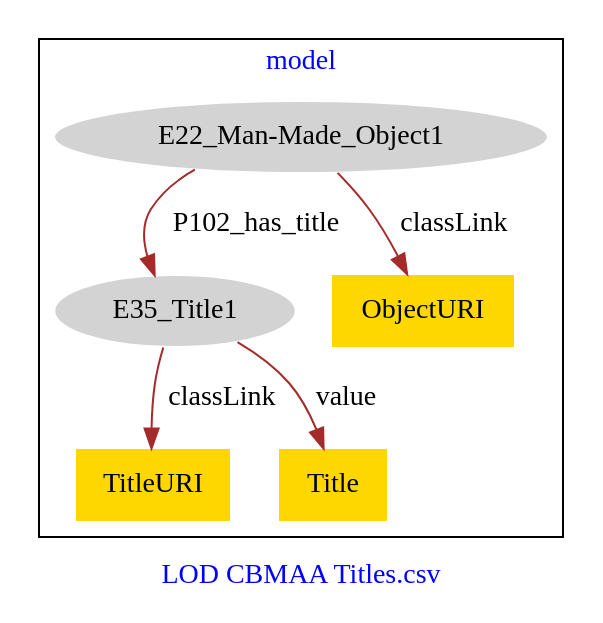
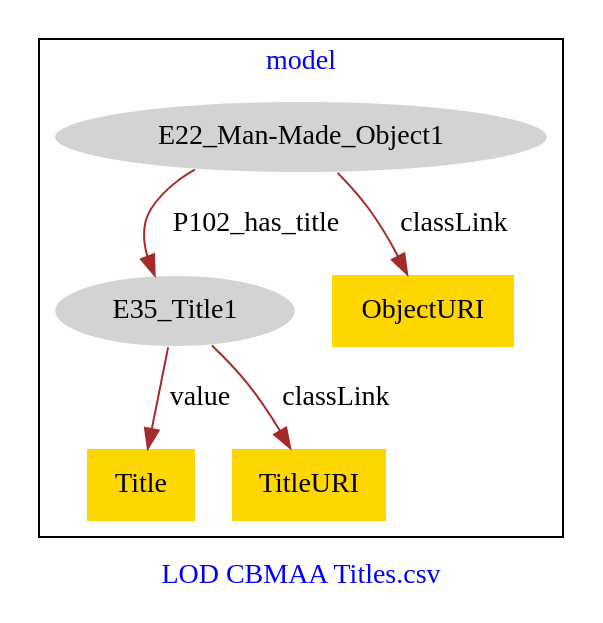
Before and after one commit to american-art/cbm: the diagram in CBMAA_UnknownTitles/CBMAA_UnknownTitles-model.dot, drawn with Graphviz.

Commit message:
Update file CBMAA_UnknownTitles-model.dot

```diff
--- a/CBMAA_UnknownTitles/CBMAA_UnknownTitles-model.dot
+++ b/CBMAA_UnknownTitles/CBMAA_UnknownTitles-model.dot
@@ -1,17 +1,17 @@
 digraph n0 {
 fontcolor="blue"
 remincross="true"
 label="LOD CBMAA Titles.csv"
 subgraph cluster {
 label="model"
 n2[style="filled",color="white",fillcolor="lightgray",label="E22_Man-Made_Object1"];
 n3[style="filled",color="white",fillcolor="lightgray",label="E35_Title1"];
-n4[shape="plaintext",style="filled",fillcolor="gold",label="TitleURI"];
-n5[shape="plaintext",style="filled",fillcolor="gold",label="ObjectURI"];
-n6[shape="plaintext",style="filled",fillcolor="gold",label="Title"];
+n4[shape="plaintext",style="filled",fillcolor="gold",label="Title"];
+n5[shape="plaintext",style="filled",fillcolor="gold",label="TitleURI"];
+n6[shape="plaintext",style="filled",fillcolor="gold",label="ObjectURI"];
 }
 n2 -> n3[color="brown",fontcolor="black",label="P102_has_title"]
-n3 -> n4[color="brown",fontcolor="black",label="classLink"]
-n2 -> n5[color="brown",fontcolor="black",label="classLink"]
-n3 -> n6[color="brown",fontcolor="black",label="value"]
+n3 -> n4[color="brown",fontcolor="black",label="value"]
+n3 -> n5[color="brown",fontcolor="black",label="classLink"]
+n2 -> n6[color="brown",fontcolor="black",label="classLink"]
 }
```
